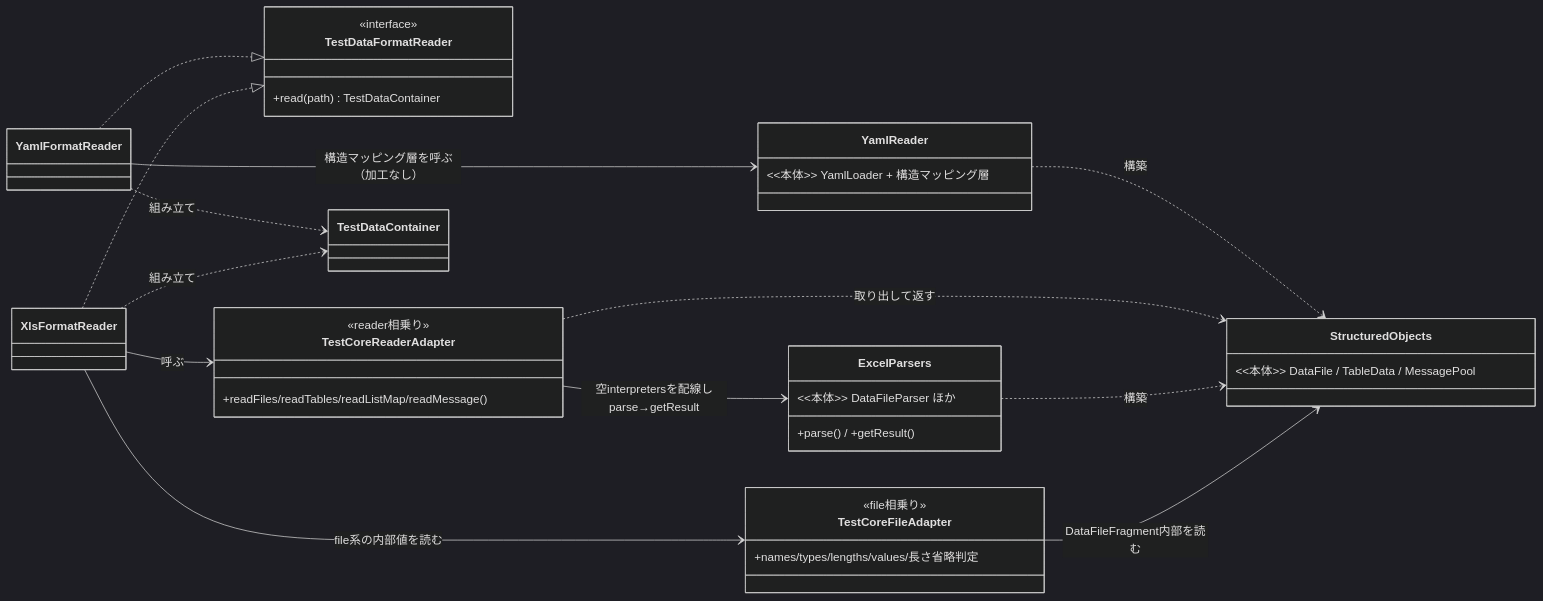
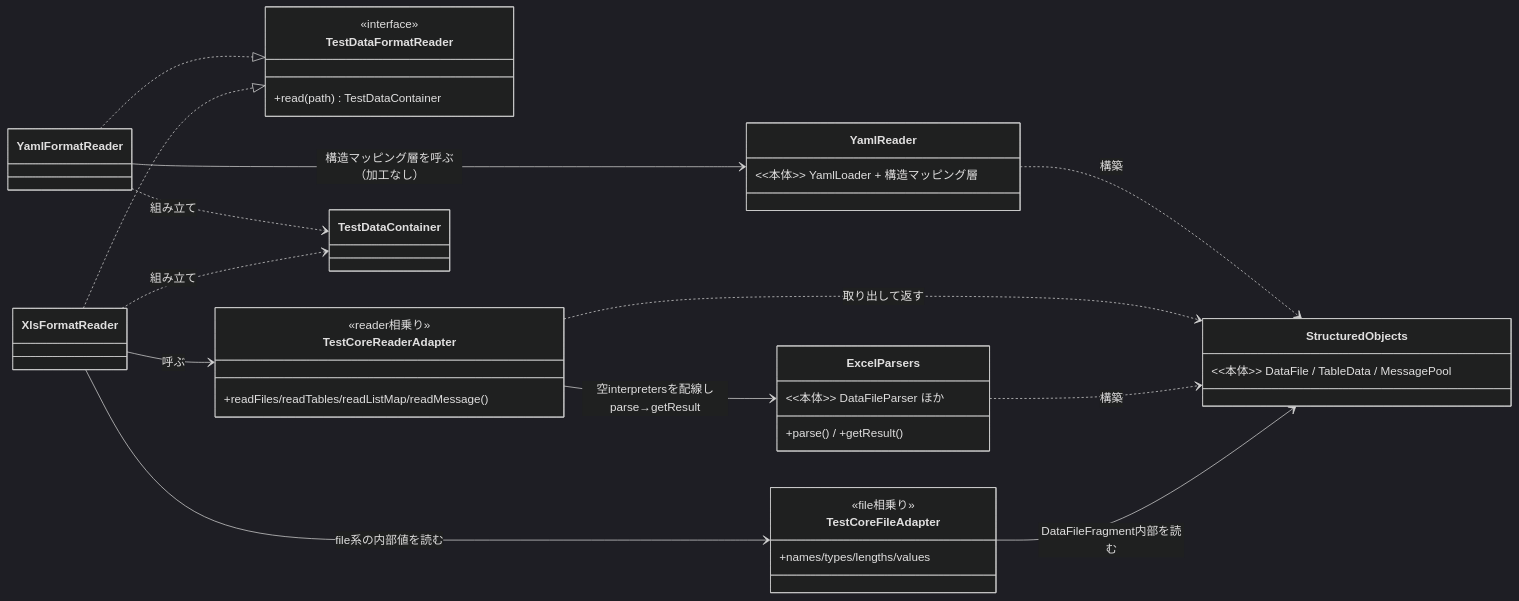
Before and after one commit to nablarch/nablarch-testing: the third of 5 diagrams in docs/pr75/docs/testdata-converter-design.md, drawn with Mermaid (dark theme). The commit also changed other lines of this file and 1 other file, not shown here.

````diff
--- a/docs/pr75/docs/testdata-converter-design.md
+++ b/docs/pr75/docs/testdata-converter-design.md
@@ -218,40 +218,40 @@
 ```mermaid
 classDiagram
 direction LR
 class TestDataFormatReader {
   <<interface>>
   +read(path) TestDataContainer
 }
 class XlsFormatReader
 class YamlFormatReader
 class TestCoreReaderAdapter {
   <<reader相乗り>>
   +readFiles/readTables/readListMap/readMessage()
 }
 class TestCoreFileAdapter {
   <<file相乗り>>
-  +names/types/lengths/values/長さ省略判定
+  +names/types/lengths/values
 }
 class ExcelParsers {
   <<本体>> DataFileParser ほか
   +parse() / +getResult()
 }
 class YamlReader {
   <<本体>> YamlLoader + 構造マッピング層
 }
 class StructuredObjects {
   <<本体>> DataFile / TableData / MessagePool
 }
 XlsFormatReader ..|> TestDataFormatReader
 YamlFormatReader ..|> TestDataFormatReader
 XlsFormatReader --> TestCoreReaderAdapter : 呼ぶ
 XlsFormatReader --> TestCoreFileAdapter : file系の内部値を読む
 TestCoreReaderAdapter --> ExcelParsers : 空interpretersを配線しparse→getResult
 TestCoreFileAdapter --> StructuredObjects : DataFileFragment内部を読む
 ExcelParsers ..> StructuredObjects : 構築
 TestCoreReaderAdapter ..> StructuredObjects : 取り出して返す
 YamlFormatReader --> YamlReader : 構造マッピング層を呼ぶ（加工なし）
 YamlReader ..> StructuredObjects : 構築
 XlsFormatReader ..> TestDataContainer : 組み立て
 YamlFormatReader ..> TestDataContainer : 組み立て
 ```
````
